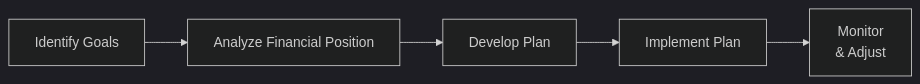
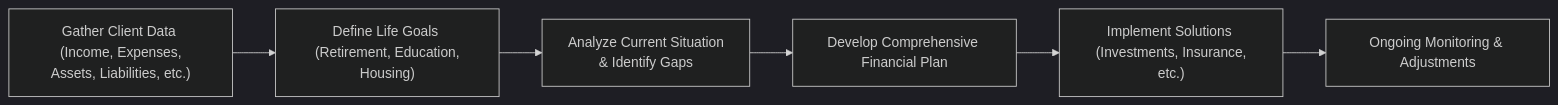
The diagram in content/ifc/4/2/index.md (MasteryEducation/SecuritiesExamsMastery.ca), drawn with Mermaid (dark theme) before and after one commit. The commit also changed other lines of this file and 130 other files, not shown here.

````diff
--- a/content/ifc/4/2/index.md
+++ b/content/ifc/4/2/index.md
@@ -39,7 +70,8 @@
 ```mermaid
 flowchart LR
-    A["Identify Goals"] --> B["Analyze Financial Position"]
-    B --> C["Develop Plan"]
-    C --> D["Implement Plan"]
-    D --> E["Monitor <br/>& Adjust"]
+    A["Gather Client Data <br/> (Income, Expenses, Assets, Liabilities, etc.)"] --> B["Define Life Goals <br/> (Retirement, Education, Housing)"]
+    B --> C["Analyze Current Situation <br/> & Identify Gaps"]
+    C --> D["Develop Comprehensive Financial Plan"]
+    D --> E["Implement Solutions <br/> (Investments, Insurance, etc.)"]
+    E --> F["Ongoing Monitoring & Adjustments"]
 ```
````
